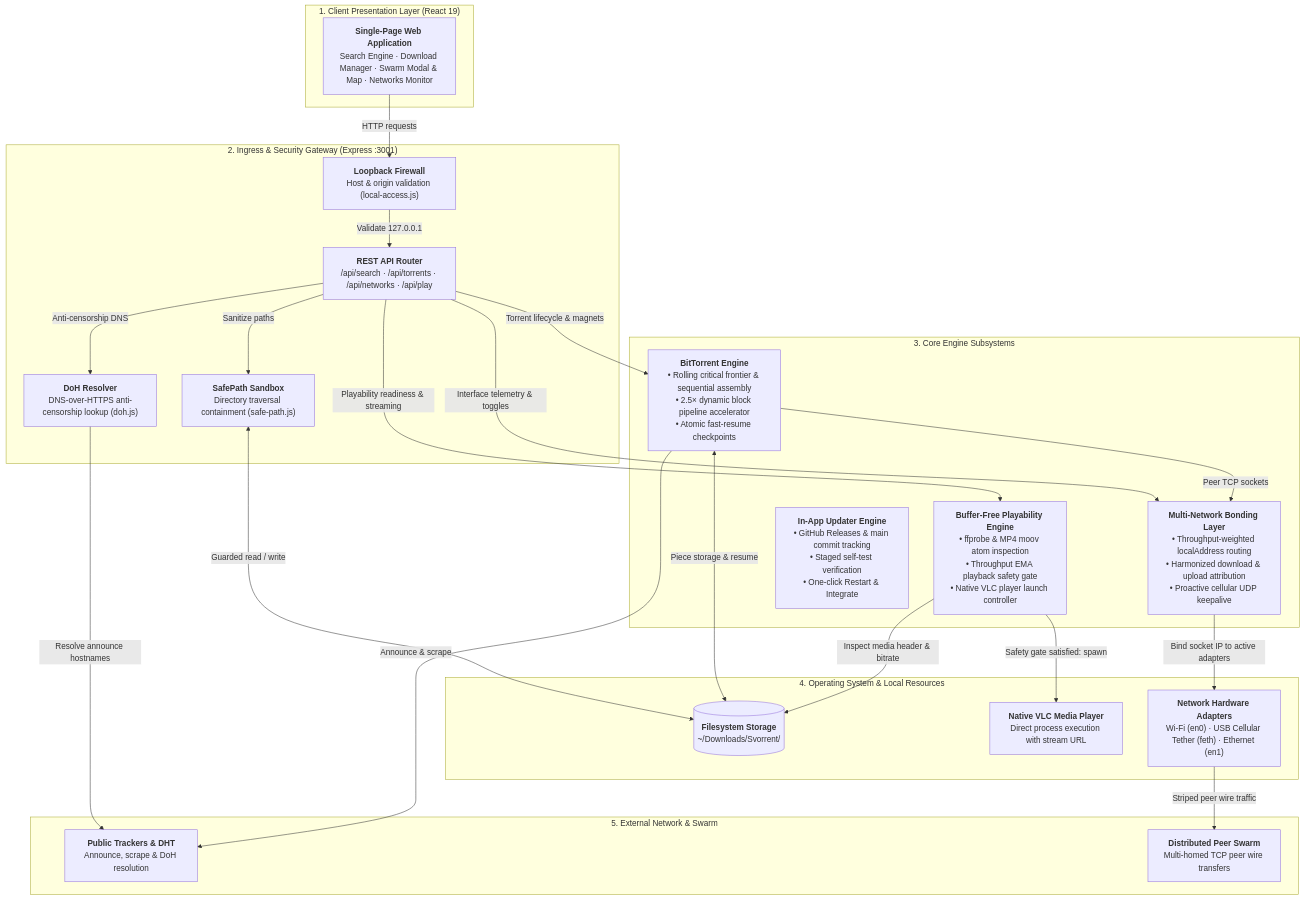
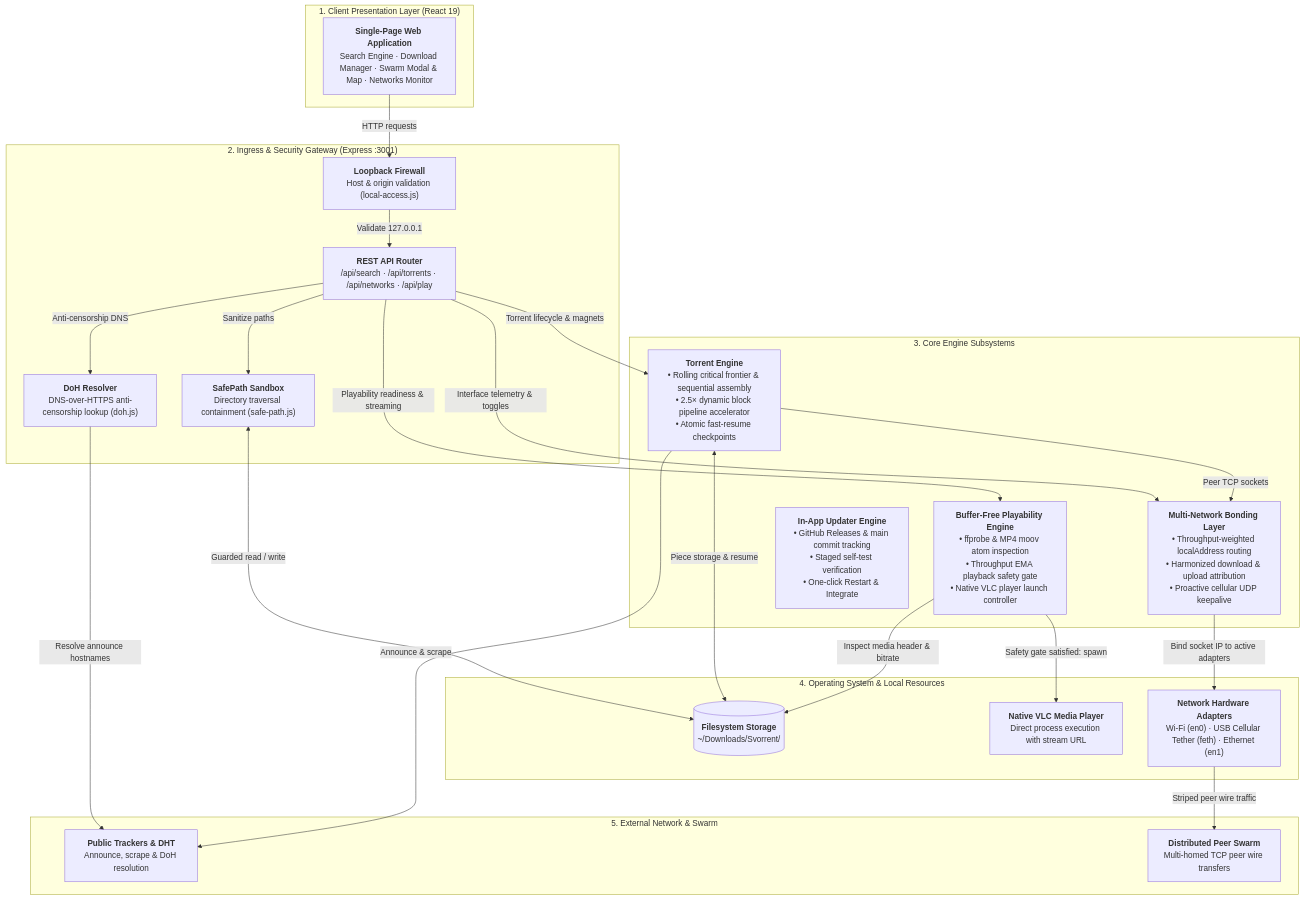
One commit to AdhishXD/svorrent changed the diagram in README.md. Above: the diagram before and after it, drawn with Mermaid. The commit also changed other lines of this file and 13 other files, not shown here.

Commit message:
docs: replace BitTorrent mentions with Torrent engine across docs, UI, and scripts (#52)

````diff
--- a/README.md
+++ b/README.md
@@ -210,56 +210,56 @@
 ```mermaid
 flowchart TD
     subgraph Client["1. Client Presentation Layer (React 19)"]
         UI["<b>Single-Page Web Application</b><br/>Search Engine · Download Manager · Swarm Modal & Map · Networks Monitor"]
     end
 
     subgraph Gateway["2. Ingress & Security Gateway (Express :3001)"]
         Firewall["<b>Loopback Firewall</b><br/>Host & origin validation (local-access.js)"]
         API["<b>REST API Router</b><br/>/api/search · /api/torrents · /api/networks · /api/play"]
         SafePath["<b>SafePath Sandbox</b><br/>Directory traversal containment (safe-path.js)"]
         DoH["<b>DoH Resolver</b><br/>DNS-over-HTTPS anti-censorship lookup (doh.js)"]
 
         Firewall -->|Validate 127.0.0.1| API
         API -->|Sanitize paths| SafePath
         API -->|Anti-censorship DNS| DoH
     end
 
     subgraph Core["3. Core Engine Subsystems"]
-        WT["<b>BitTorrent Engine</b><br/>• Rolling critical frontier & sequential assembly<br/>• 2.5× dynamic block pipeline accelerator<br/>• Atomic fast-resume checkpoints"]
+        WT["<b>Torrent Engine</b><br/>• Rolling critical frontier & sequential assembly<br/>• 2.5× dynamic block pipeline accelerator<br/>• Atomic fast-resume checkpoints"]
         Play["<b>Buffer-Free Playability Engine</b><br/>• ffprobe & MP4 moov atom inspection<br/>• Throughput EMA playback safety gate<br/>• Native VLC player launch controller"]
         Bond["<b>Multi-Network Bonding Layer</b><br/>• Throughput-weighted localAddress routing<br/>• Harmonized download & upload attribution<br/>• Proactive cellular UDP keepalive"]
         Updater["<b>In-App Updater Engine</b><br/>• GitHub Releases & main commit tracking<br/>• Staged self-test verification<br/>• One-click Restart & Integrate"]
     end
 
     subgraph OS["4. Operating System & Local Resources"]
         Disk[("<b>Filesystem Storage</b><br/>~/Downloads/Svorrent/")]
         VLC["<b>Native VLC Media Player</b><br/>Direct process execution with stream URL"]
         Nets["<b>Network Hardware Adapters</b><br/>Wi-Fi (en0) · USB Cellular Tether (feth) · Ethernet (en1)"]
     end
 
     subgraph External["5. External Network & Swarm"]
         Trackers["<b>Public Trackers & DHT</b><br/>Announce, scrape & DoH resolution"]
         Peers["<b>Distributed Peer Swarm</b><br/>Multi-homed TCP peer wire transfers"]
     end
 
     %% Inbound flow
     UI -->|HTTP requests| Firewall
 
     %% Gateway dispatches to engines
     API -->|Torrent lifecycle & magnets| WT
     API -->|Playability readiness & streaming| Play
     API -->|Interface telemetry & toggles| Bond
 
     %% Engines interactions with local resources
     SafePath <-->|Guarded read / write| Disk
     WT <-->|Piece storage & resume| Disk
     Play -->|Inspect media header & bitrate| Disk
     Play -->|Safety gate satisfied: spawn| VLC
     WT -->|Peer TCP sockets| Bond
     Bond -->|Bind socket IP to active adapters| Nets
 
     %% External connectivity
     DoH -->|Resolve announce hostnames| Trackers
     WT -->|Announce & scrape| Trackers
     Nets -->|Striped peer wire traffic| Peers
 ```
````
